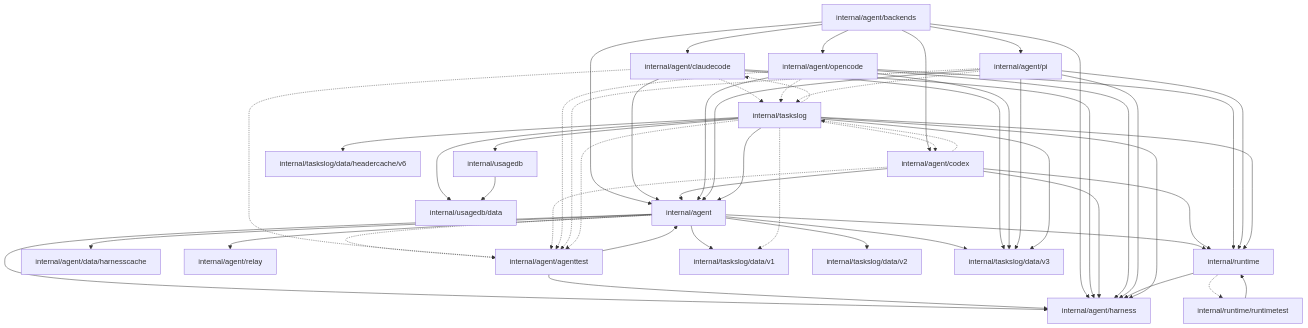
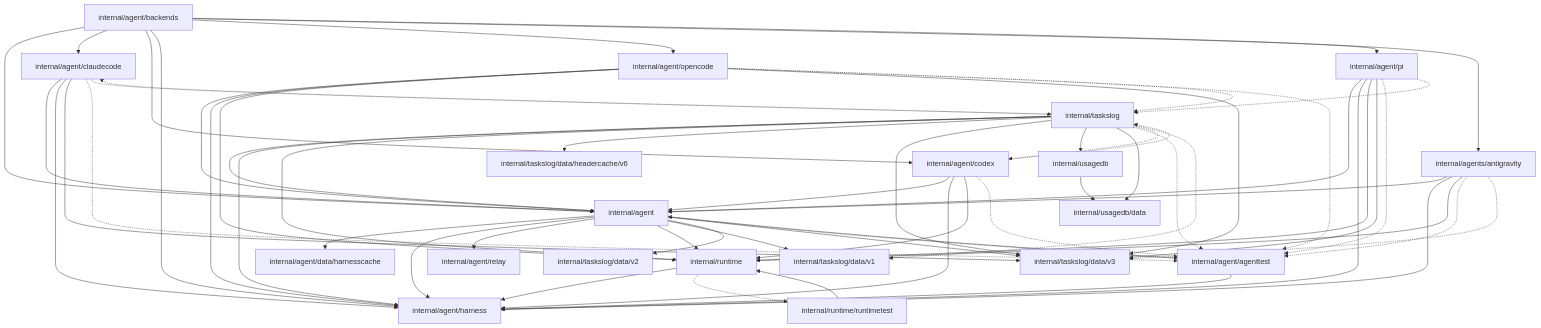
One commit to caic-xyz/caic changed the second of 3 diagrams in backend/docs/ARCHITECTURE.md. Above: the diagram before and after it, drawn with Mermaid. The commit also changed other lines of this file and 41 other files, not shown here.

```diff
--- a/backend/docs/ARCHITECTURE.md
+++ b/backend/docs/ARCHITECTURE.md
@@ -282,6 +289,7 @@
   pkg_internal_agent_opencode["internal/agent/opencode"]
   pkg_internal_agent_pi["internal/agent/pi"]
   pkg_internal_agent_relay["internal/agent/relay"]
+  pkg_internal_agents_antigravity["internal/agents/antigravity"]
   pkg_internal_runtime["internal/runtime"]
   pkg_internal_runtime_runtimetest["internal/runtime/runtimetest"]
   pkg_internal_taskslog["internal/taskslog"]
@@ -308,6 +316,7 @@
   pkg_internal_agent_backends --> pkg_internal_agent_harness
   pkg_internal_agent_backends --> pkg_internal_agent_opencode
   pkg_internal_agent_backends --> pkg_internal_agent_pi
+  pkg_internal_agent_backends --> pkg_internal_agents_antigravity
   pkg_internal_agent_claudecode --> pkg_internal_agent
   pkg_internal_agent_claudecode --> pkg_internal_agent_harness
   pkg_internal_agent_claudecode --> pkg_internal_taskslog_data_v3
@@ -330,6 +339,11 @@
   pkg_internal_agent_pi --> pkg_internal_taskslog_data_v3
   pkg_internal_agent_pi -.-> pkg_internal_agent_agenttest
   pkg_internal_agent_pi -.-> pkg_internal_taskslog
+  pkg_internal_agents_antigravity --> pkg_internal_agent
+  pkg_internal_agents_antigravity --> pkg_internal_agent_harness
+  pkg_internal_agents_antigravity --> pkg_internal_runtime
+  pkg_internal_agents_antigravity -.-> pkg_internal_agent_agenttest
+  pkg_internal_agents_antigravity -.-> pkg_internal_taskslog_data_v3
   pkg_internal_runtime --> pkg_internal_agent_harness
   pkg_internal_runtime -.-> pkg_internal_runtime_runtimetest
   pkg_internal_runtime_runtimetest --> pkg_internal_runtime
```
